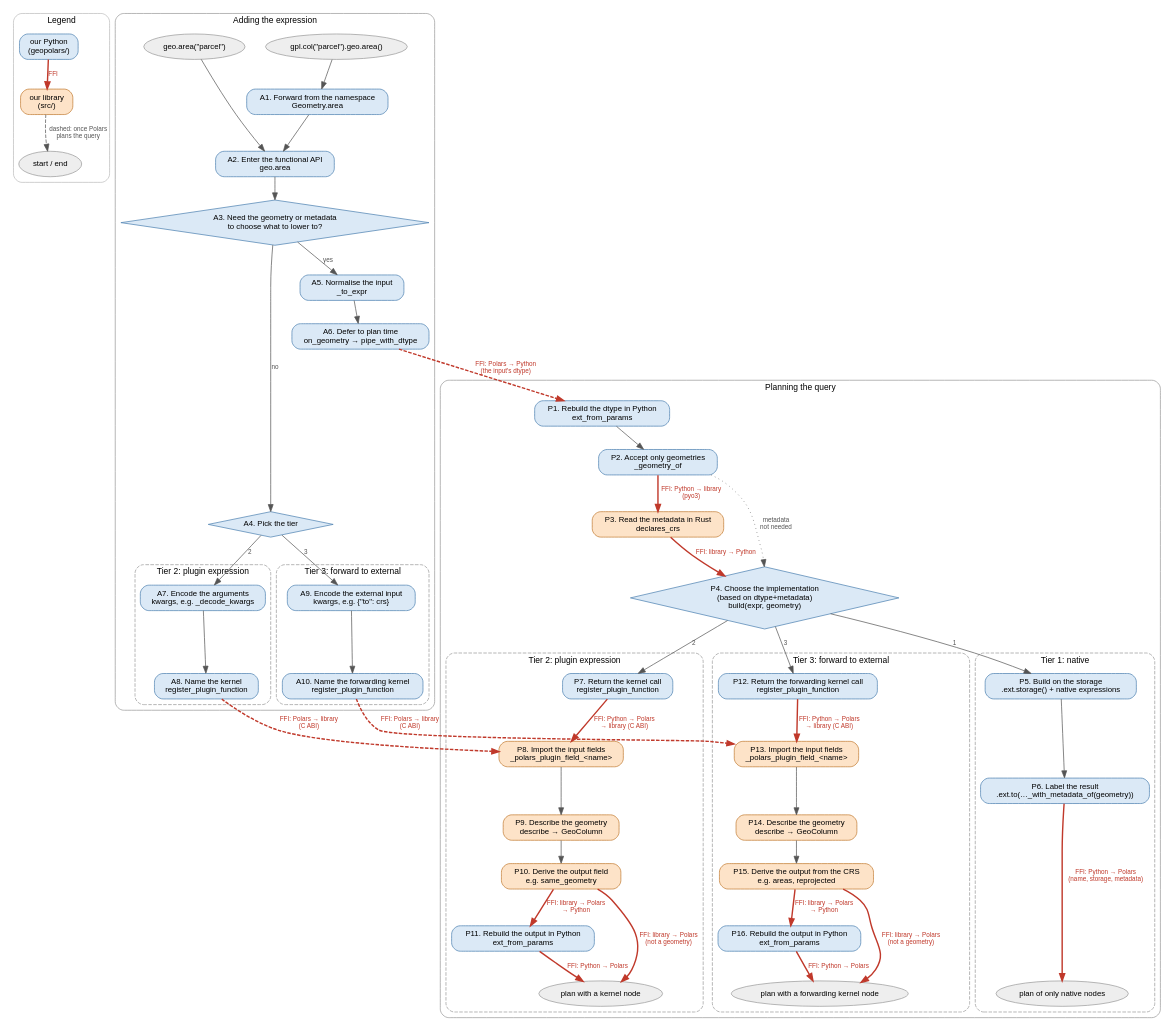
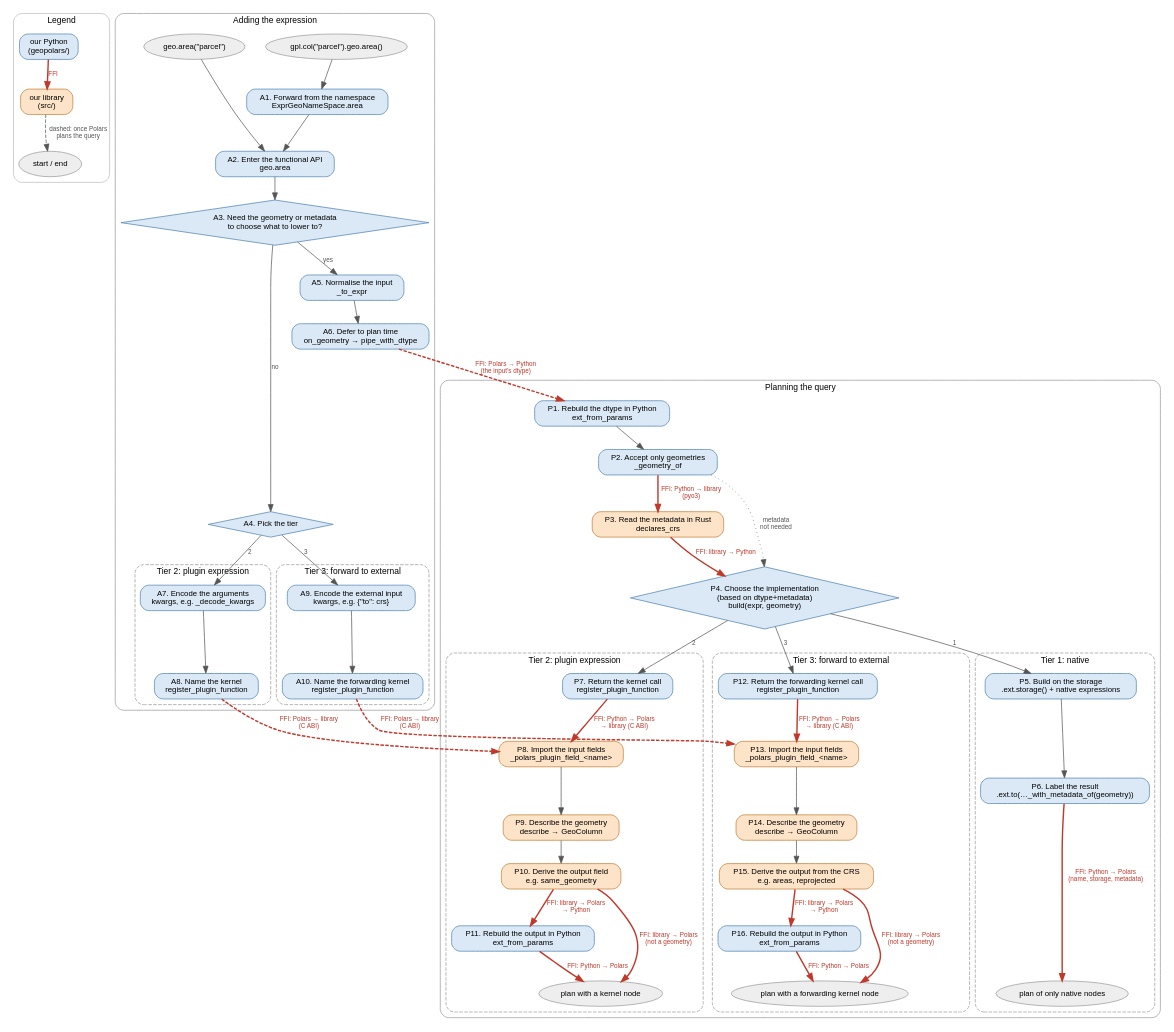
Before and after one commit to Aidavdw/geopolars: the diagram in docs/expression-flow.dot, drawn with Graphviz. The commit also changed 5 other files, not shown here.

Commit message:
rename Geometry to ExprGeoNameSpace to follow polars naming conventions

```diff
--- a/docs/expression-flow.dot
+++ b/docs/expression-flow.dot
@@ -1,176 +1,176 @@
 // What happens in GeoPolars when an expression is used: once when it is added
 // to a query, and once when Polars plans that query.
 // Explained step by step in DEVELOPERS.md, under "Typical flow".
 //
 // Render with: dot -Tsvg docs/expression-flow.dot -o expression-flow.svg
 //
 // Only our own code is drawn. Whatever Polars does in between is an edge.
 // Blue runs in our Python package, orange in our compiled library.
 // A red edge crosses the FFI.
 
 digraph expression_flow {
     graph [fontname = "Helvetica", fontsize = 12, rankdir = TB, nodesep = 0.4, ranksep = 0.45,
            newrank = true, ordering = out];
     node [fontname = "Helvetica", fontsize = 11, shape = box, style = "rounded,filled",
           fillcolor = "#dbe9f6", color = "#4a7fb0"];
     edge [fontname = "Helvetica", fontsize = 9, color = "#555555", fontcolor = "#555555"];
 
     subgraph cluster_legend {
         label = "Legend"; style = "rounded"; color = "#bbbbbb";
         legend_python [label = "our Python\n(geopolars/)"];
         legend_rust [label = "our library\n(src/)", fillcolor = "#fde3c8", color = "#c07a30"];
         legend_end [label = "start / end", shape = ellipse, style = "filled", fillcolor = "#eeeeee",
                     color = "#999999"];
         legend_python -> legend_rust [label = "FFI", color = "#c0392b", fontcolor = "#c0392b",
                                       penwidth = 2];
         legend_rust -> legend_end [label = "dashed: once Polars\nplans the query", style = dashed];
     }
 
     // ---------------------------------------------------------------- adding
     subgraph cluster_adding {
         label = "Adding the expression"; style = "rounded"; color = "#999999";
 
         start_namespace [label = "gpl.col(\"parcel\").geo.area()", shape = ellipse,
                          style = "filled", fillcolor = "#eeeeee", color = "#999999"];
         start_functional [label = "geo.area(\"parcel\")", shape = ellipse,
                           style = "filled", fillcolor = "#eeeeee", color = "#999999"];
-        A1 [label = "A1. Forward from the namespace\nGeometry.area"];
+        A1 [label = "A1. Forward from the namespace\nExprGeoNameSpace.area"];
         A2 [label = "A2. Enter the functional API\ngeo.area"];
         A3 [label = "A3. Need the geometry or metadata\nto choose what to lower to?",
             shape = diamond, style = "filled"];
         A4 [label = "A4. Pick the tier", shape = diamond, style = "filled"];
 
         // plan-time callback
         A5 [label = "A5. Normalise the input\n_to_expr"];
         A6 [label = "A6. Defer to plan time\non_geometry → pipe_with_dtype"];
 
         subgraph cluster_adding_tier2 {
             label = "Tier 2: plugin expression"; style = "rounded,dashed"; color = "#999999";
             A7 [label = "A7. Encode the arguments\nkwargs, e.g. _decode_kwargs"];
             A8 [label = "A8. Name the kernel\nregister_plugin_function"];
         }
 
         subgraph cluster_adding_tier3 {
             label = "Tier 3: forward to external"; style = "rounded,dashed"; color = "#999999";
             A9 [label = "A9. Encode the external input\nkwargs, e.g. {\"to\": crs}"];
             A10 [label = "A10. Name the forwarding kernel\nregister_plugin_function"];
         }
 
         start_namespace -> A1;
         start_functional -> A2;
         A1 -> A2;
         A2 -> A3;
         A3 -> A5 [label = "yes"];
         A3 -> A4 [label = "no"];
         A4 -> A7 [label = "2"];
         A4 -> A9 [label = "3"];
         A5 -> A6;
         A7 -> A8;
         A9 -> A10;
 
         {rank = same; start_namespace; start_functional;}
         {rank = same; A7; A9;}
         {rank = same; A8; A10;}
     }
 
     // -------------------------------------------------------------- planning
     subgraph cluster_planning {
         label = "Planning the query"; style = "rounded"; color = "#999999";
 
         P1 [label = "P1. Rebuild the dtype in Python\next_from_params"];
         P2 [label = "P2. Accept only geometries\n_geometry_of"];
         P3 [label = "P3. Read the metadata in Rust\ndeclares_crs",
             fillcolor = "#fde3c8", color = "#c07a30"];
         P4 [label = "P4. Choose the implementation\n(based on dtype+metadata)\nbuild(expr, geometry)", shape = diamond,
             style = "filled"];
 
         subgraph cluster_planning_tier1 {
             label = "Tier 1: native"; style = "rounded,dashed"; color = "#999999";
             P5 [label = "P5. Build on the storage\n.ext.storage() + native expressions"];
             P6 [label = "P6. Label the result\n.ext.to(…_with_metadata_of(geometry))"];
             end1 [label = "plan of only native nodes", shape = ellipse, style = "filled",
                   fillcolor = "#eeeeee", color = "#999999"];
         }
 
         subgraph cluster_planning_tier2 {
             label = "Tier 2: plugin expression"; style = "rounded,dashed"; color = "#999999";
             P7 [label = "P7. Return the kernel call\nregister_plugin_function"];
             P8 [label = "P8. Import the input fields\n_polars_plugin_field_<name>",
                 fillcolor = "#fde3c8", color = "#c07a30"];
             P9 [label = "P9. Describe the geometry\ndescribe → GeoColumn",
                 fillcolor = "#fde3c8", color = "#c07a30"];
             P10 [label = "P10. Derive the output field\ne.g. same_geometry",
                  fillcolor = "#fde3c8", color = "#c07a30"];
             P11 [label = "P11. Rebuild the output in Python\next_from_params"];
             end2 [label = "plan with a kernel node", shape = ellipse, style = "filled",
                   fillcolor = "#eeeeee", color = "#999999"];
         }
 
         subgraph cluster_planning_tier3 {
             label = "Tier 3: forward to external"; style = "rounded,dashed"; color = "#999999";
             P12 [label = "P12. Return the forwarding kernel call\nregister_plugin_function"];
             P13 [label = "P13. Import the input fields\n_polars_plugin_field_<name>",
                  fillcolor = "#fde3c8", color = "#c07a30"];
             P14 [label = "P14. Describe the geometry\ndescribe → GeoColumn",
                  fillcolor = "#fde3c8", color = "#c07a30"];
             P15 [label = "P15. Derive the output from the CRS\ne.g. areas, reprojected",
                  fillcolor = "#fde3c8", color = "#c07a30"];
             P16 [label = "P16. Rebuild the output in Python\next_from_params"];
             end3 [label = "plan with a forwarding kernel node", shape = ellipse, style = "filled",
                   fillcolor = "#eeeeee", color = "#999999"];
         }
 
         // shared
         P1 -> P2;
         P2 -> P3 [label = "FFI: Python → library\n(pyo3)", color = "#c0392b",
                   fontcolor = "#c0392b", penwidth = 2];
         P3 -> P4 [label = "FFI: library → Python", color = "#c0392b", fontcolor = "#c0392b",
                   penwidth = 2];
         P2 -> P4 [label = "metadata\nnot needed", style = dotted];
         P4 -> P5 [label = "1"];
         P4 -> P7 [label = "2"];
         P4 -> P12 [label = "3"];
 
         // tier 1
         P5 -> P6;
         P6 -> end1 [label = "FFI: Python → Polars\n(name, storage, metadata)", color = "#c0392b",
                     fontcolor = "#c0392b", penwidth = 2];
 
         // tier 2
         P7 -> P8 [label = "FFI: Python → Polars\n→ library (C ABI)", color = "#c0392b",
                   fontcolor = "#c0392b", penwidth = 2];
         P8 -> P9;
         P9 -> P10;
         P10 -> P11 [label = "FFI: library → Polars\n→ Python", color = "#c0392b",
                     fontcolor = "#c0392b", penwidth = 2];
         P10 -> end2 [label = "FFI: library → Polars\n(not a geometry)", color = "#c0392b",
                      fontcolor = "#c0392b", penwidth = 2];
         P11 -> end2 [label = "FFI: Python → Polars", color = "#c0392b", fontcolor = "#c0392b",
                      penwidth = 2];
 
         // tier 3
         P12 -> P13 [label = "FFI: Python → Polars\n→ library (C ABI)", color = "#c0392b",
                     fontcolor = "#c0392b", penwidth = 2];
         P13 -> P14;
         P14 -> P15;
         P15 -> P16 [label = "FFI: library → Polars\n→ Python", color = "#c0392b",
                     fontcolor = "#c0392b", penwidth = 2];
         P15 -> end3 [label = "FFI: library → Polars\n(not a geometry)", color = "#c0392b",
                      fontcolor = "#c0392b", penwidth = 2];
         P16 -> end3 [label = "FFI: Python → Polars", color = "#c0392b", fontcolor = "#c0392b",
                      penwidth = 2];
 
         {rank = same; P5; P7; P12;}
         {rank = same; P8; P13;}
         {rank = same; end1; end2; end3;}
     }
 
     // ----------------------------------------------- from adding to planning
     // Each tier's expression enters the plan where its branch picks up again.
     A6 -> P1 [label = "FFI: Polars → Python\n(the input's dtype)", style = dashed,
               color = "#c0392b", fontcolor = "#c0392b", penwidth = 2];
     A8 -> P8 [label = "FFI: Polars → library\n(C ABI)", style = dashed, color = "#c0392b",
               fontcolor = "#c0392b", penwidth = 2];
     A10 -> P13 [label = "FFI: Polars → library\n(C ABI)", style = dashed, color = "#c0392b",
                fontcolor = "#c0392b", penwidth = 2];
 }
```
